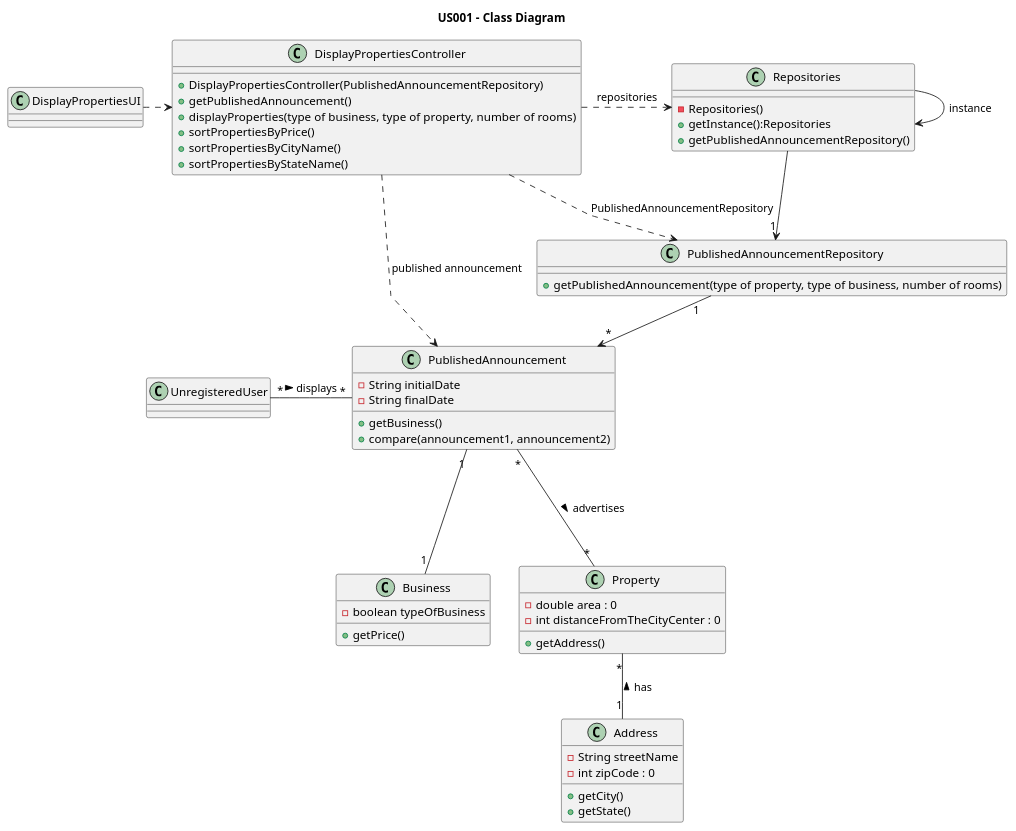
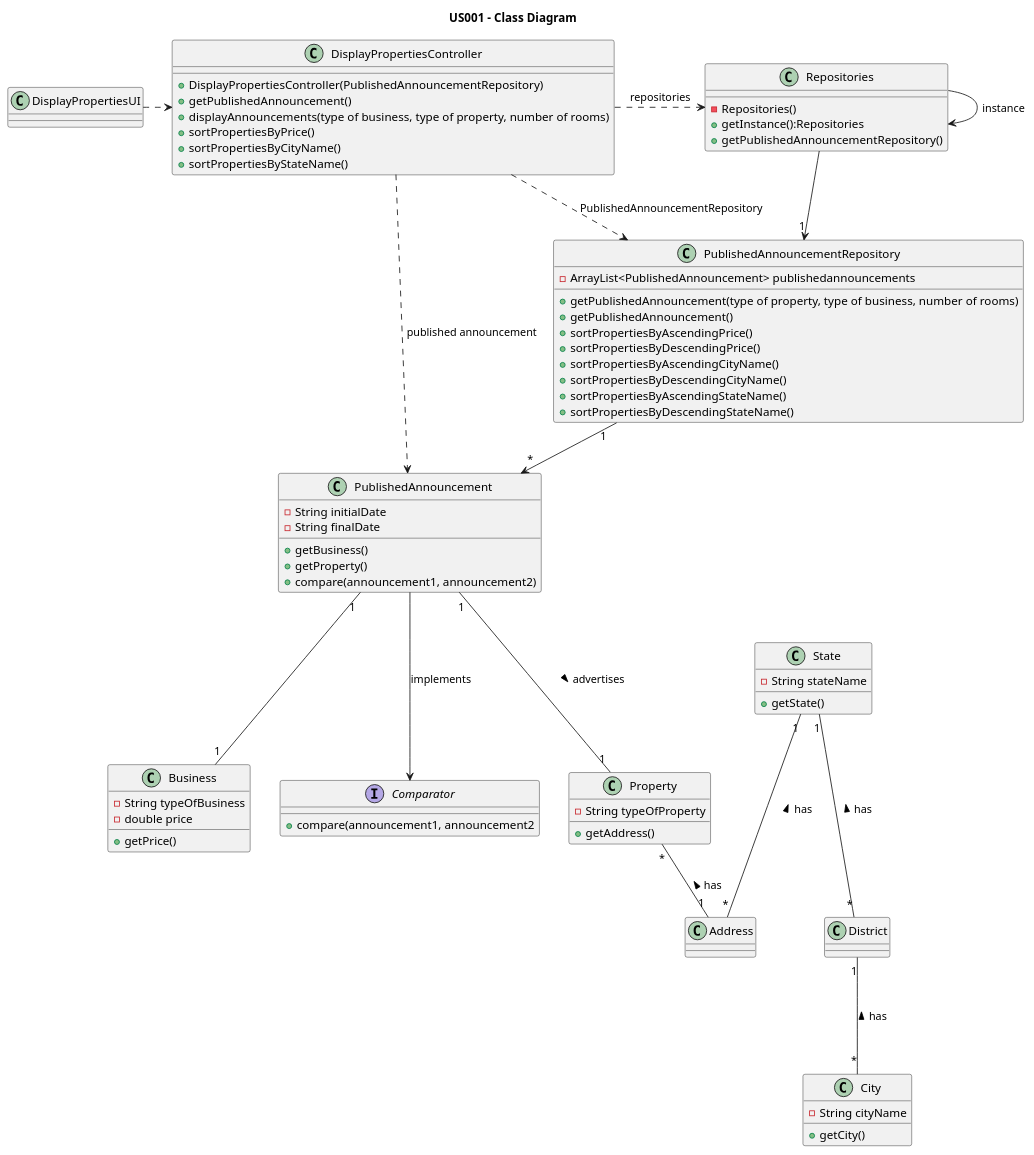
Before and after one commit to PureNimble/ISEP-LAPR2: the diagram in docs/sprintB/US01/03.design/puml/us01-class-diagram.puml, drawn with PlantUML. The commit also changed 22 other files, not shown here.

Commit message:
Updated US01 Requirements-engineering & Design Readme.md. Updated US01 Class Diagram, Domain Model, Sequence Diagram (Full) and System Sequence Diagram (Alt.1, 2, 3, 4 and Full). Added US01 System Sequence Diagram (Alt. 5). Added SVG Preview of all of the files mentioned above.

```diff
--- a/docs/sprintB/US01/03.design/puml/us01-class-diagram.puml
+++ b/docs/sprintB/US01/03.design/puml/us01-class-diagram.puml
@@ -15,15 +15,15 @@
 
 
 class Address {
-    - String streetName
-    - int zipCode : 0
+    '- String streetName
+    '- int zipCode : 0
     '- String CityName
     '- String StateName
 
     '+verifyZipCode()
-    +getCity()
+    '+getCity()
     '+getDistrict()
-    +getState()
+    '+getState()
     '+Address(state, district, city, street, zipCode)
 }
 
@@ -37,7 +37,8 @@
 
 class Business {
     '- double requestedPrice : 0
-     - boolean typeOfBusiness
+     - String typeOfBusiness
+     - double price
 
     '+getFinalComission()
     '+calculatePriceWithComission()
@@ -46,10 +47,16 @@
 
 
 
-/'class City {
+class City {
     - String cityName
+
+    +getCity()
 }
-'/
+
+interface Comparator {
+    + compare(announcement1, announcement2
+}
+
 
 /'class Comission {
     - double percentage : 0
@@ -63,19 +70,21 @@
 class DisplayPropertiesController {
     + DisplayPropertiesController(PublishedAnnouncementRepository)
     + getPublishedAnnouncement()
-    + displayProperties(type of business, type of property, number of rooms)
+    + displayAnnouncements(type of business, type of property, number of rooms)
     + sortPropertiesByPrice()
     + sortPropertiesByCityName()
     + sortPropertiesByStateName()
 }
 
 class DisplayPropertiesUI {
+
 }
 
-/'class District {
-    - String districtName
+
+class District {
+    '- String districtName
 }
-'/
+
 
 
 /'class House {
@@ -94,9 +103,10 @@
 '/
 
 class Property {
-    - double area : 0
-    - int distanceFromTheCityCenter : 0
+    '- double area : 0
+    '- int distanceFromTheCityCenter : 0
     '- float price
+     - String typeOfProperty
 
     '+ Property(area, distanceFromTheCityCenter)
      +getAddress()
@@ -107,16 +117,26 @@
     - String finalDate
 
     + getBusiness()
+    + getProperty()
     + compare(announcement1, announcement2)
 }
 
 class PublishedAnnouncementRepository {
+    - ArrayList<PublishedAnnouncement> publishedannouncements
     + getPublishedAnnouncement(type of property, type of business, number of rooms)
+    + getPublishedAnnouncement()
+    + sortPropertiesByAscendingPrice()
+    + sortPropertiesByDescendingPrice()
+    + sortPropertiesByAscendingCityName()
+    + sortPropertiesByDescendingCityName()
+    + sortPropertiesByAscendingStateName()
+    + sortPropertiesByDescendingStateName()
 
 }
 
 
-/'class Rent {
+/'
+class Rent {
     - int durationOfContract: 0
 
     + getFinalComission()
@@ -141,10 +161,12 @@
 '/
 
 
-/' class State {
+class State {
     - String stateName
+
+    +getState()
 }
-'/
+
 
 /'class SunExposure {
     - String direction
@@ -154,21 +176,21 @@
 '/
 
 
-class UnregisteredUser {
+'class UnregisteredUser {
 
-}
+'}
 
 
 'Business <|-- Rent
 
-'City "1" --- "*" Address : is in <
+State "1" --- "*" Address : has <
 'Comission "1" -right- "1" Business : contains <
 
 DisplayPropertiesController .> Repositories : repositories
 DisplayPropertiesController .> PublishedAnnouncementRepository : PublishedAnnouncementRepository
 DisplayPropertiesController .> PublishedAnnouncement : published announcement
 DisplayPropertiesUI .> DisplayPropertiesController
-'District "1" --- "*" City : is in <
+District "1" --- "*" City : has <
 
 'House "*" --- "1" SunExposure : has <
 
@@ -176,18 +198,19 @@
 Property "*" -- "1" Address : has <
 'Property "1" --- "1" Business : has <
 'Property "1" -right- "*" Photos : has >
-PublishedAnnouncement "*" --- "*" Property: advertises >
+PublishedAnnouncement "1" --- "1" Property: advertises >
 PublishedAnnouncementRepository "1" --> "*" PublishedAnnouncement
 PublishedAnnouncement "1" --- "1" Business
+PublishedAnnouncement ---> Comparator : implements
 
 Repositories --> "1" PublishedAnnouncementRepository
 Repositories -> Repositories : instance
 'Residence "*" --- "1" AvailableEquipment : has <
 'Residence <|--- House
 
-'State "1" --- "*" District : is in <
-'State "1" --- "*" City : is in <
+State "1" --- "*" District : has <
 
-UnregisteredUser "*" -right- "*" PublishedAnnouncement: displays >
+
+'UnregisteredUser "*" -right- "*" PublishedAnnouncement: displays >
 
 @enduml
```
